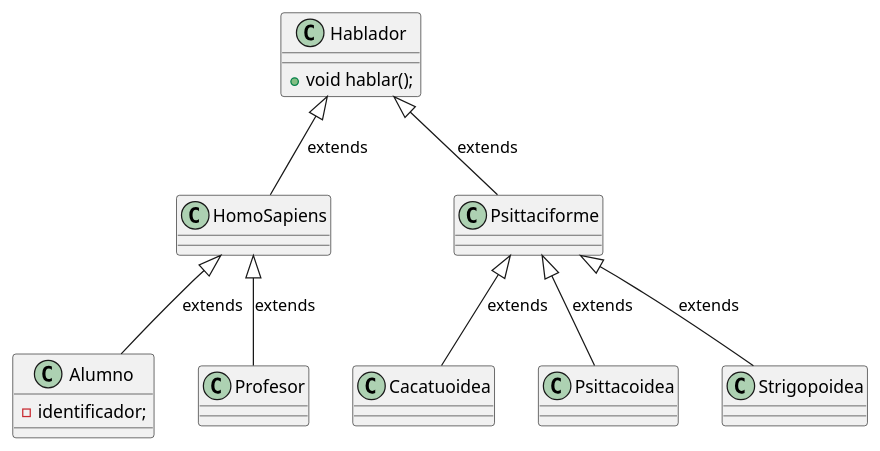
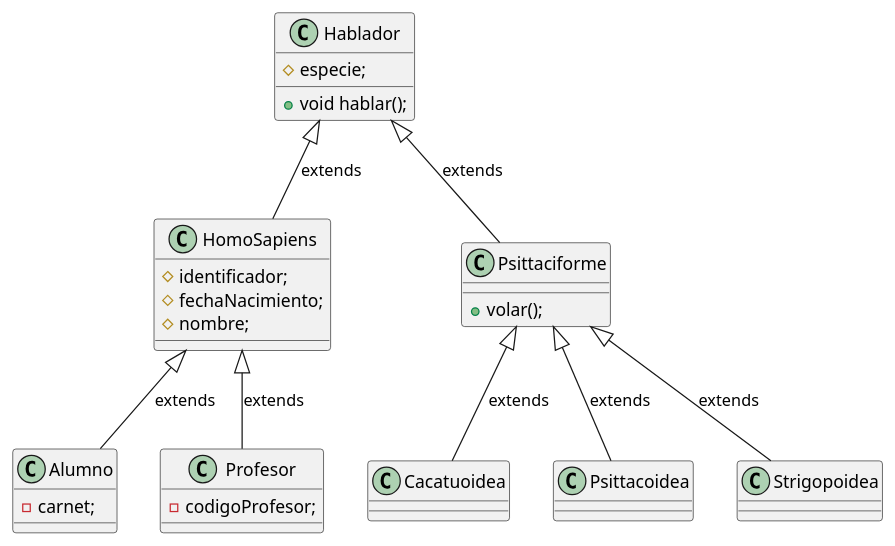
The diagram in ejemplos-progra/herencia.puml (kennyagl/prograU4), drawn with PlantUML before and after one commit. The commit also changed 1 other file, not shown here.

```diff
--- a/ejemplos-progra/herencia.puml
+++ b/ejemplos-progra/herencia.puml
@@ -1,29 +1,41 @@
 @startuml
 
 class Hablador{
+   # especie;
    + void hablar();
 }
 class Alumno{
-    - identificador;
+    - carnet;
 }
 
 class Cacatuoidea
-class HomoSapiens
 
-class Profesor
-class Psittaciforme
+class HomoSapiens{
+    # identificador;
+    # fechaNacimiento;
+    # nombre;
+}
+
+class Profesor{
+    - codigoProfesor;
+}
+
+class Psittaciforme{
+    + volar();
+}
+
 class Psittacoidea
 class Strigopoidea
 
 Hablador <|-- HomoSapiens : extends
 Hablador <|--  Psittaciforme : extends
 
 HomoSapiens <|-- Alumno : extends
 HomoSapiens <|-- Profesor : extends
 
 Psittaciforme <|-- Cacatuoidea  : extends
 Psittaciforme <|-- Psittacoidea  : extends
 Psittaciforme <|-- Strigopoidea  : extends
 
 
 @enduml
```
